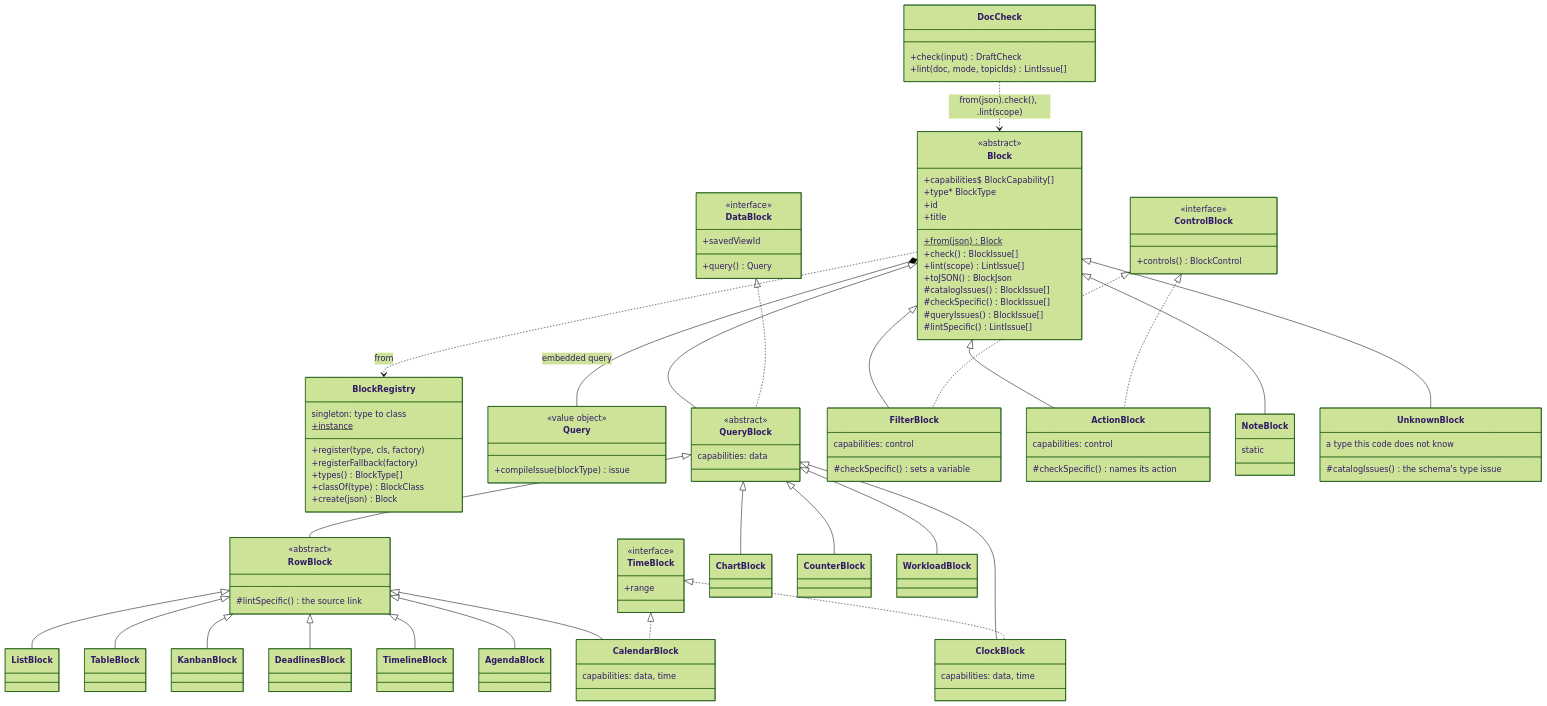
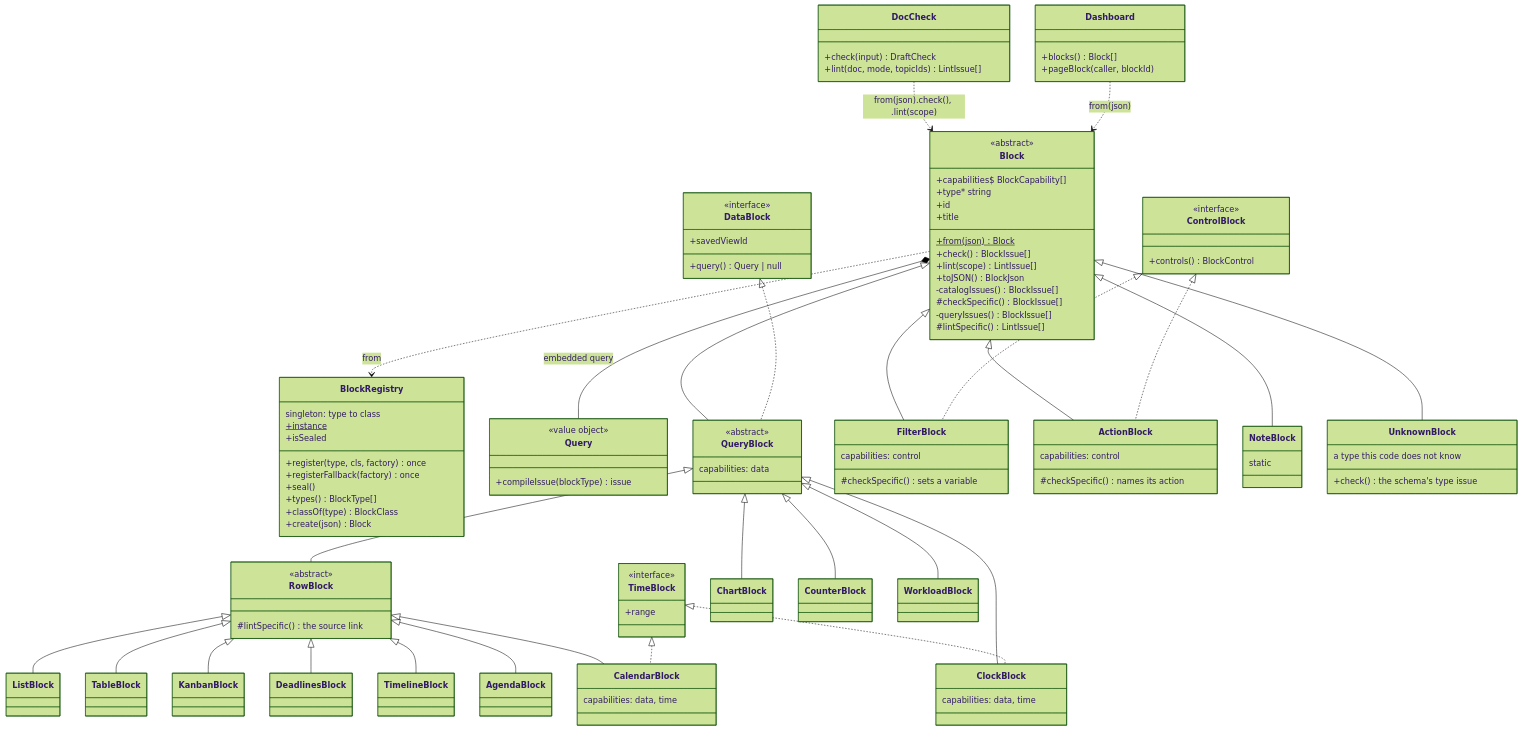
Before and after one commit to shalev396/ToDoList: the seventh of 8 diagrams in docs/design/CLASSES.md, drawn with Mermaid (forest theme). The commit also changed other lines of this file, not shown here.

```diff
--- a/docs/design/CLASSES.md
+++ b/docs/design/CLASSES.md
@@ -1830,23 +1848,25 @@
   class Block {
     <<abstract>>
     +capabilities$ BlockCapability[]
-    +type* BlockType
+    +type* string
     +id
     +title
     +from(json)$ Block
     +check() BlockIssue[]
     +lint(scope) LintIssue[]
     +toJSON() BlockJson
-    #catalogIssues() BlockIssue[]
+    -catalogIssues() BlockIssue[]
     #checkSpecific() BlockIssue[]
-    #queryIssues() BlockIssue[]
+    -queryIssues() BlockIssue[]
     #lintSpecific() LintIssue[]
   }
   class BlockRegistry {
     singleton: type to class
     +instance$
-    +register(type, cls, factory)
-    +registerFallback(factory)
+    +register(type, cls, factory) once
+    +registerFallback(factory) once
+    +seal()
+    +isSealed
     +types() BlockType[]
     +classOf(type) BlockClass
     +create(json) Block
@@ -1857,7 +1877,7 @@
   }
   class DataBlock {
     <<interface>>
-    +query() Query
+    +query() Query | null
     +savedViewId
   }
   class TimeBlock {
@@ -1904,9 +1924,14 @@
   }
   class UnknownBlock {
     a type this code does not know
-    #catalogIssues() the schema's type issue
+    +check() the schema's type issue
+  }
+  class Dashboard {
+    +blocks() Block[]
+    +pageBlock(caller, blockId)
   }
   DocCheck ..> Block : from(json).check(), .lint(scope)
+  Dashboard ..> Block : from(json)
   Block ..> BlockRegistry : from
   Block *-- Query : embedded query
   Block <|-- QueryBlock
@@ -1934,6 +1959,7 @@
 
   classDef built fill:#d1fae5,stroke:#047857,stroke-width:2px
   class DocCheck:::built
+  class Dashboard:::built
   class Block:::built
   class BlockRegistry:::built
   class Query:::built
```
